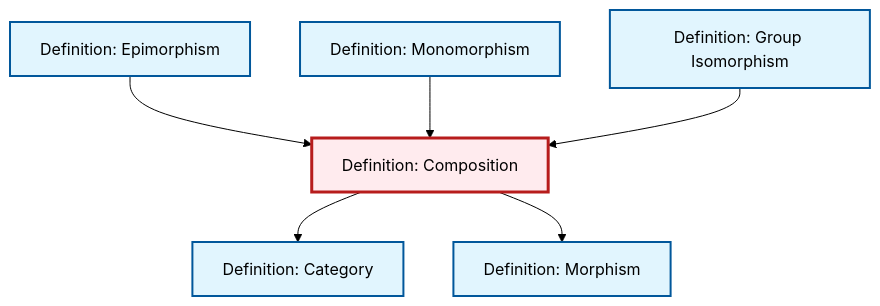
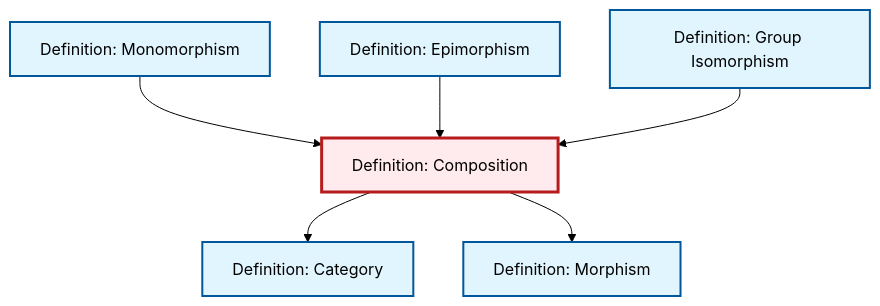
The diagram in content/en/category-theory/def-composition.qmd (RK0429/ModernMath), drawn with Mermaid (forest theme) before and after one commit. The commit also changed other lines of this file and 619 other files, not shown here.

````diff
--- a/content/en/category-theory/def-composition.qmd
+++ b/content/en/category-theory/def-composition.qmd
@@ -92,26 +92,26 @@
 ```{mermaid}
 %%| fig-cap: "Local dependency graph"
 graph TD
     classDef definition fill:#e1f5fe,stroke:#01579b,stroke-width:2px
     classDef theorem fill:#f3e5f5,stroke:#4a148c,stroke-width:2px
     classDef axiom fill:#fff3e0,stroke:#e65100,stroke-width:2px
     classDef example fill:#e8f5e9,stroke:#1b5e20,stroke-width:2px
     classDef current fill:#ffebee,stroke:#b71c1c,stroke-width:3px
+    def-composition["Definition: Composition"]:::definition
+    def-monomorphism["Definition: Monomorphism"]:::definition
     def-epimorphism["Definition: Epimorphism"]:::definition
+    def-morphism["Definition: Morphism"]:::definition
+    def-isomorphism["Definition: Group Isomorphism"]:::definition
     def-category["Definition: Category"]:::definition
-    def-isomorphism["Definition: Group Isomorphism"]:::definition
-    def-morphism["Definition: Morphism"]:::definition
-    def-monomorphism["Definition: Monomorphism"]:::definition
-    def-composition["Definition: Composition"]:::definition
     def-composition --> def-category
+    def-monomorphism --> def-composition
+    def-epimorphism --> def-composition
     def-composition --> def-morphism
-    def-epimorphism --> def-composition
-    def-monomorphism --> def-composition
     def-isomorphism --> def-composition
     class def-composition current
+    click def-monomorphism "def-monomorphism.html" "Go to Monomorphism definition"
     click def-epimorphism "def-epimorphism.html" "Go to Epimorphism definition"
+    click def-morphism "def-morphism.html" "Go to Morphism definition"
+    click def-isomorphism "def-isomorphism.html" "Go to Group Isomorphism definition"
     click def-category "def-category.html" "Go to Category definition"
-    click def-isomorphism "def-isomorphism.html" "Go to Group Isomorphism definition"
-    click def-morphism "def-morphism.html" "Go to Morphism definition"
-    click def-monomorphism "def-monomorphism.html" "Go to Monomorphism definition"
 ```
````
